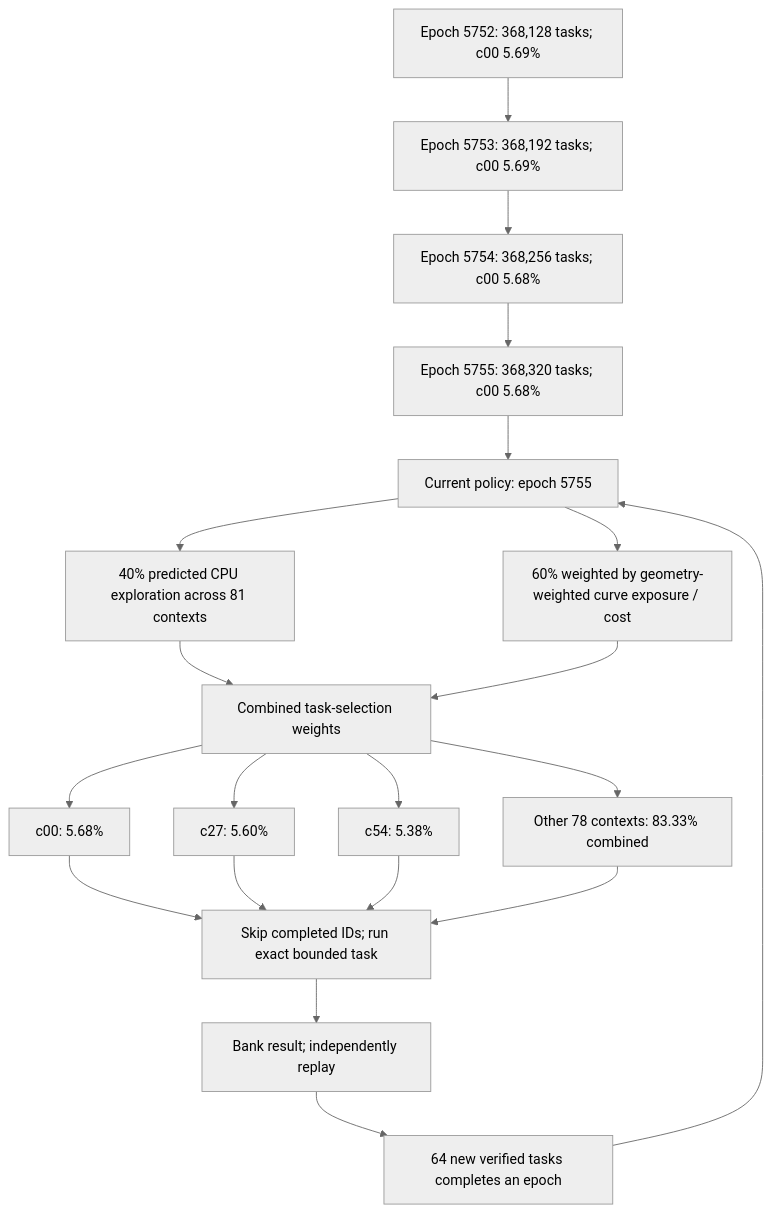
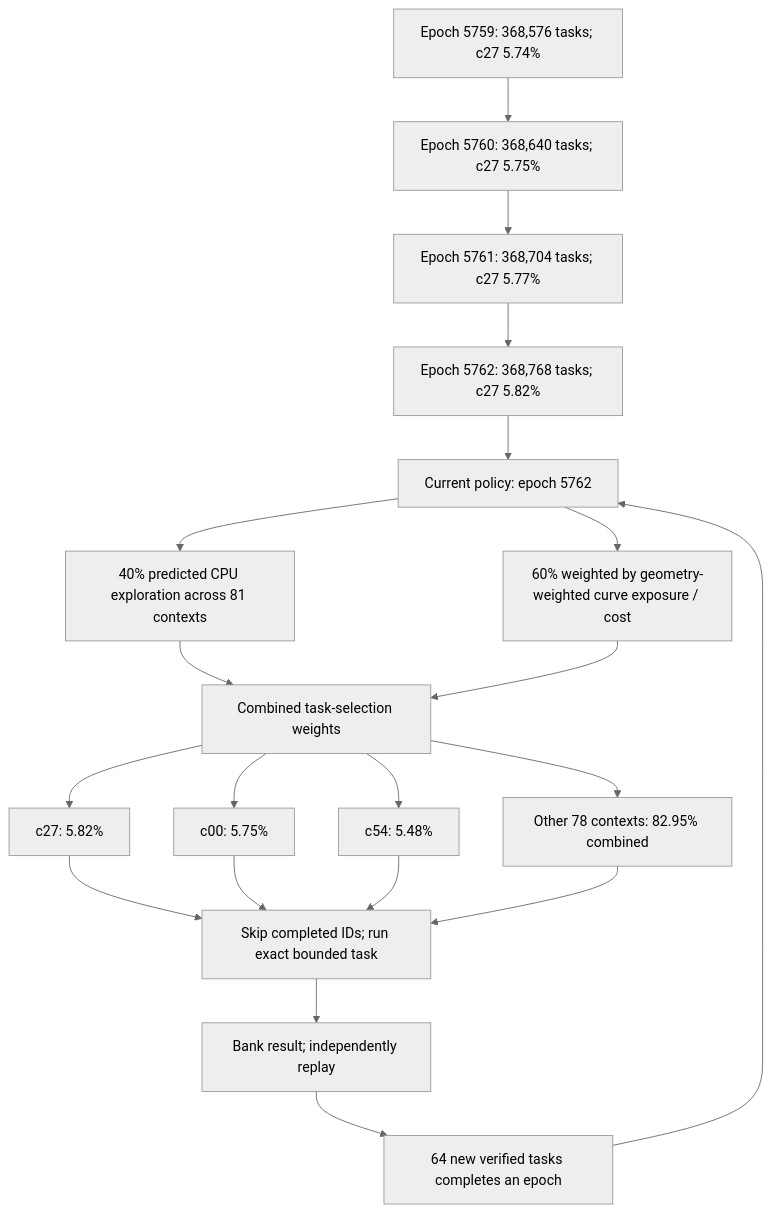
One commit to Kuberwastaken/math-gambling changed the first of 3 diagrams in README.md. Above: the diagram before and after it, drawn with Mermaid (neutral theme). The commit also changed other lines of this file and 2255 other files, not shown here.

````diff
--- a/README.md
+++ b/README.md
@@ -60,27 +60,27 @@
 ```mermaid
 flowchart TD
-    H0["Epoch 5752: 368,128 tasks; c00 5.69%"]
-    H1["Epoch 5753: 368,192 tasks; c00 5.69%"]
+    H0["Epoch 5759: 368,576 tasks; c27 5.74%"]
+    H1["Epoch 5760: 368,640 tasks; c27 5.75%"]
     H0 --> H1
-    H2["Epoch 5754: 368,256 tasks; c00 5.68%"]
+    H2["Epoch 5761: 368,704 tasks; c27 5.77%"]
     H1 --> H2
-    H3["Epoch 5755: 368,320 tasks; c00 5.68%"]
+    H3["Epoch 5762: 368,768 tasks; c27 5.82%"]
     H2 --> H3
-    Policy["Current policy: epoch 5755"]
+    Policy["Current policy: epoch 5762"]
     H3 --> Policy
     Policy --> Explore["40% predicted CPU exploration across 81 contexts"]
     Policy --> Cost["60% weighted by geometry-weighted curve exposure / cost"]
     Explore --> Mix["Combined task-selection weights"]
     Cost --> Mix
-    Mix --> C0["c00: 5.68%"]
-    Mix --> C1["c27: 5.60%"]
-    Mix --> C2["c54: 5.38%"]
-    Mix --> Rest["Other 78 contexts: 83.33% combined"]
+    Mix --> C0["c27: 5.82%"]
+    Mix --> C1["c00: 5.75%"]
+    Mix --> C2["c54: 5.48%"]
+    Mix --> Rest["Other 78 contexts: 82.95% combined"]
     C0 --> Check["Skip completed IDs; run exact bounded task"]
     C1 --> Check
     C2 --> Check
     Rest --> Check
     Check --> Replay["Bank result; independently replay"]
     Replay --> Gate["64 new verified tasks completes an epoch"]
     Gate --> Policy
 ```
````
